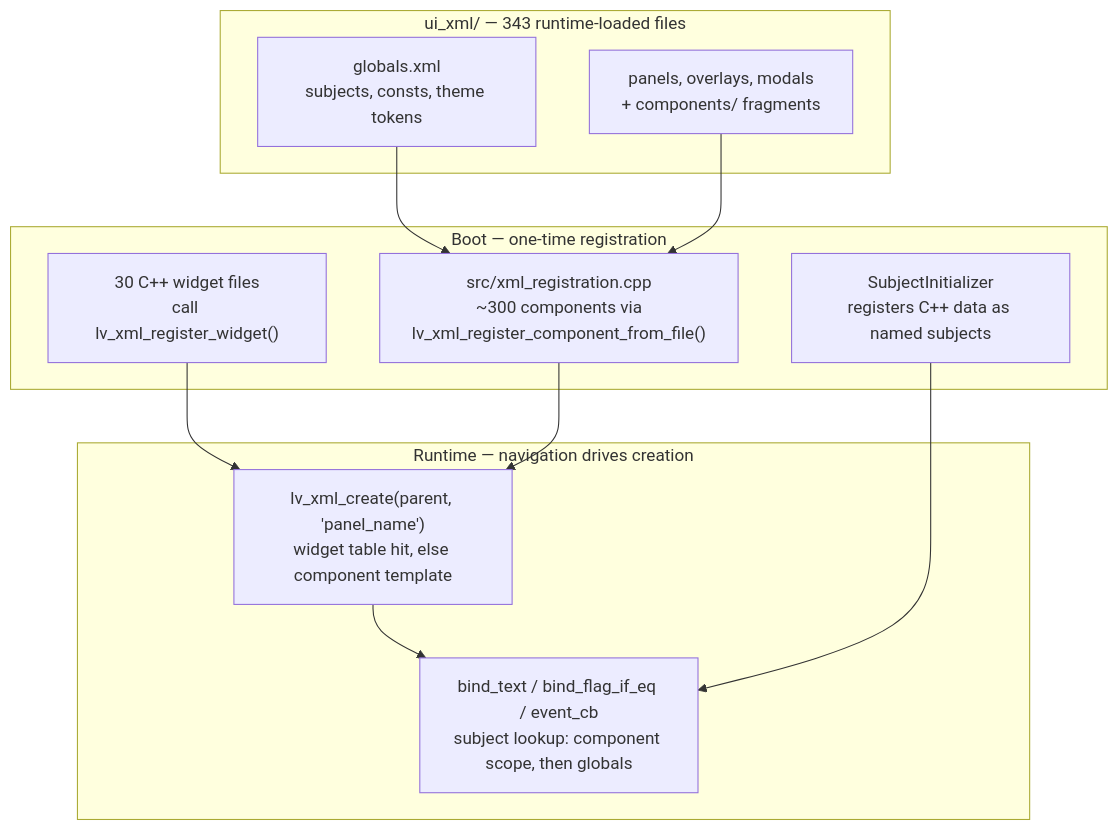
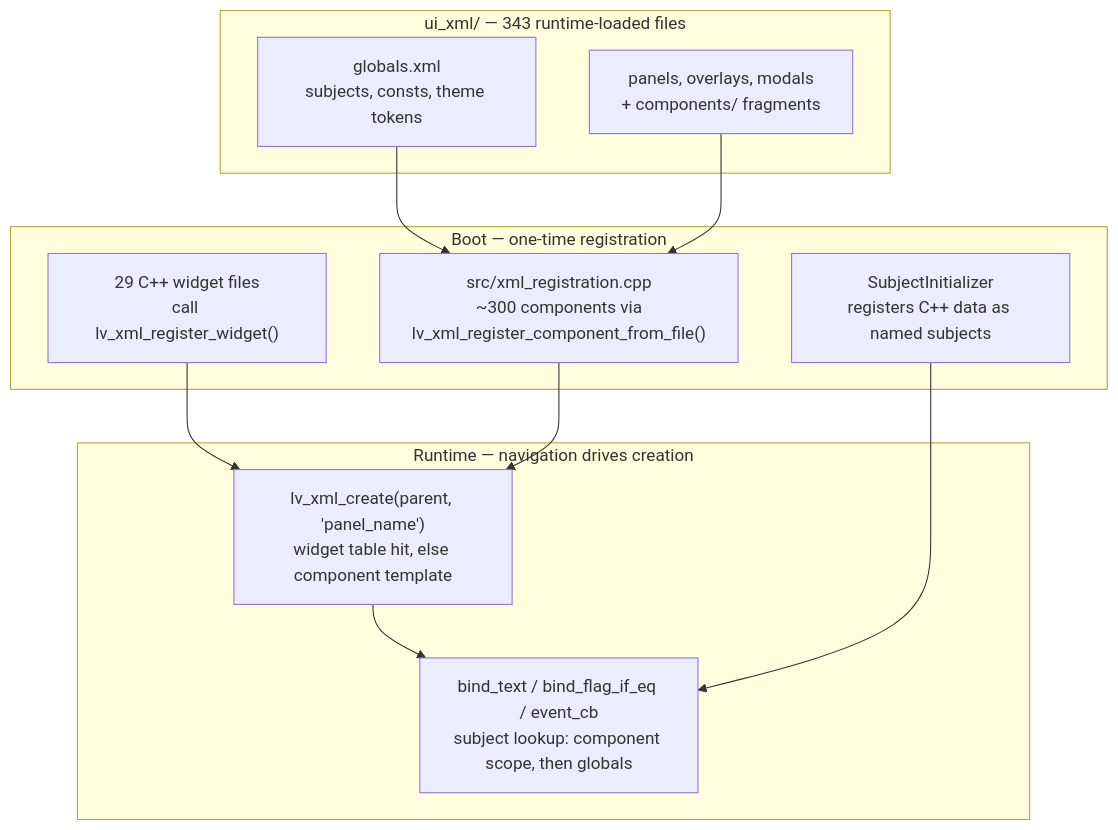
Before and after one commit to Klipper4FlashForge/helixscreen: the diagram in docs/devel/architecture/01-declarative-ui.md, drawn with Mermaid. The commit also changed other lines of this file and 31 other files, not shown here.

````diff
--- a/docs/devel/architecture/01-declarative-ui.md
+++ b/docs/devel/architecture/01-declarative-ui.md
@@ -7,25 +7,25 @@
 ```mermaid
 flowchart TD
     subgraph XMLFILES["ui_xml/ — 343 runtime-loaded files"]
         GLOBALS["globals.xml<br/>subjects, consts, theme tokens"]
         LAYOUTS["panels, overlays, modals<br/>+ components/ fragments"]
     end
 
     subgraph BOOT["Boot — one-time registration"]
-        WIDGETS["30 C++ widget files<br/>call lv_xml_register_widget()"]
+        WIDGETS["29 C++ widget files<br/>call lv_xml_register_widget()"]
         REG["src/xml_registration.cpp<br/>~300 components via<br/>lv_xml_register_component_from_file()"]
         SUBJ["SubjectInitializer<br/>registers C++ data as named subjects"]
     end
 
     subgraph RUNTIME["Runtime — navigation drives creation"]
         CREATE["lv_xml_create(parent, 'panel_name')<br/>widget table hit, else component template"]
         LOOKUP["bind_text / bind_flag_if_eq / event_cb<br/>subject lookup: component scope, then globals"]
     end
 
     GLOBALS --> REG
     LAYOUTS --> REG
     WIDGETS --> CREATE
     REG --> CREATE
     CREATE --> LOOKUP
     SUBJ --> LOOKUP
 ```
````
